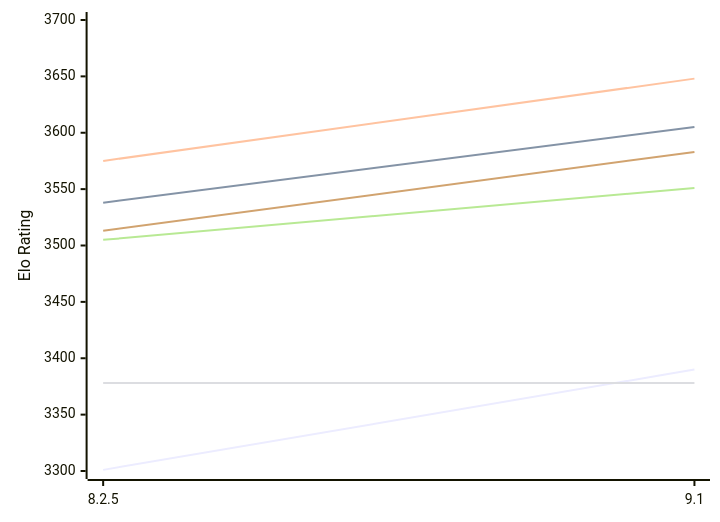
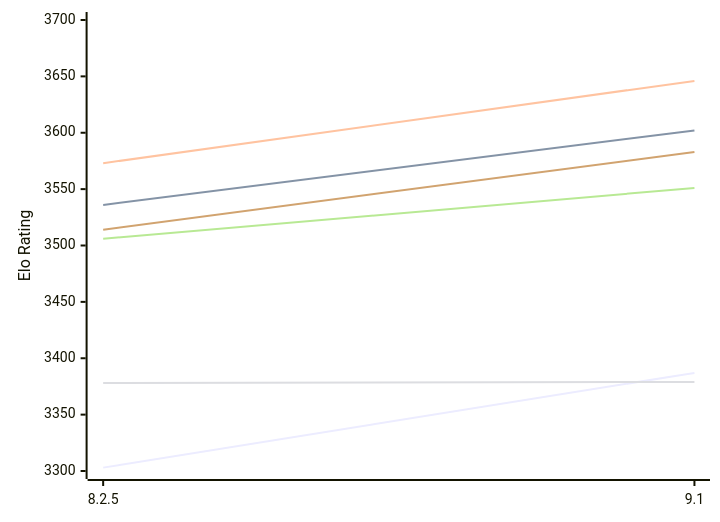
The first of 2 diagrams in engines/Clover.md (computer-chess-index/cci), drawn with Mermaid before and after one commit. The commit also changed other lines of this file, not shown here.

Commit message:
Update CCI Ratings (ELO VLTC) - 2026-11-27

````diff
--- a/engines/Clover.md
+++ b/engines/Clover.md
@@ -52,12 +52,12 @@
 ```mermaid
 %%{init: {"theme":"base","themeVariables":{"seriesColors:['#a3a3a3','#222221','#faa371']}}}%%
 xychart-beta
   x-axis ["8.2.5", "9.1"]
   y-axis "Elo Rating" 3300 --> 3700
-  line "E1: STC (8.0+0.08s)" [3301, 3390]
-  line "E1: LTC (60.0+0.60s)" [3538, 3605]
-  line "E1: VLTC (2m24s+1.12s)" [3575, 3648]
-  line "P1: STC (8.0+0.08s)" [3378, 3378]
-  line "P1: LTC (60.0+0.60s)" [3505, 3551]
-  line "P1: VLTC (2m24s+1.12s)" [3513, 3583]
+  line "E1: STC (8.0+0.08s)" [3303, 3387]
+  line "E1: LTC (60.0+0.60s)" [3536, 3602]
+  line "E1: VLTC (2m24s+1.12s)" [3573, 3646]
+  line "P1: STC (8.0+0.08s)" [3378, 3379]
+  line "P1: LTC (60.0+0.60s)" [3506, 3551]
+  line "P1: VLTC (2m24s+1.12s)" [3514, 3583]
 ```
````
